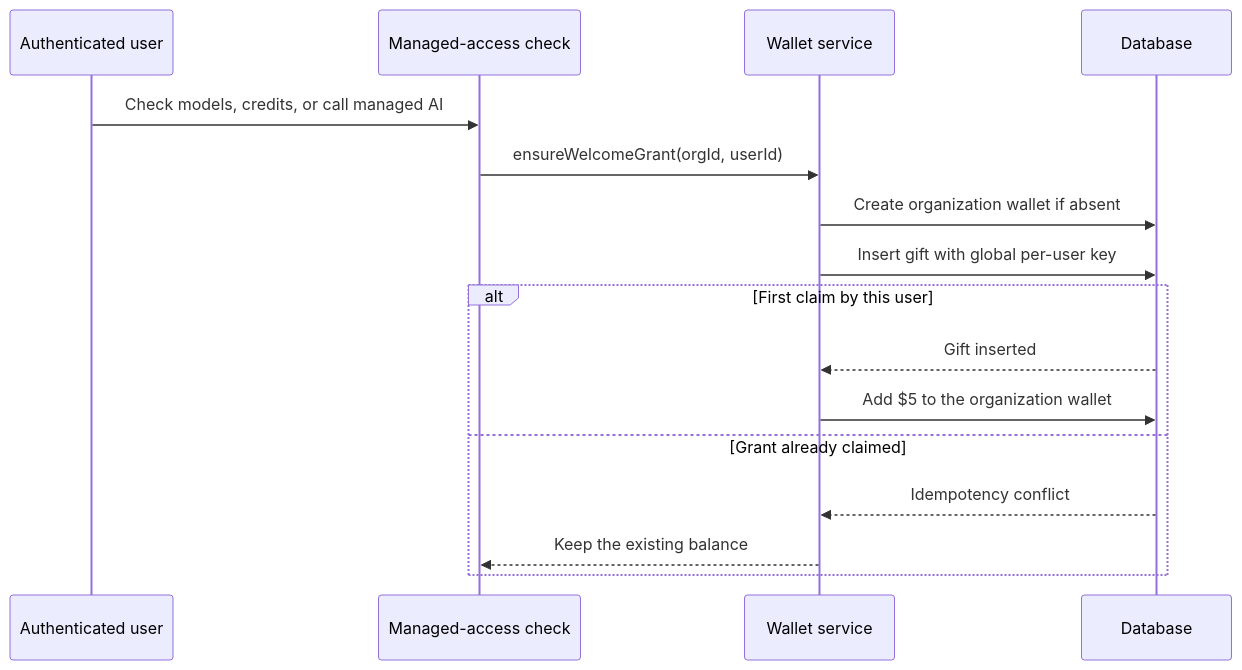
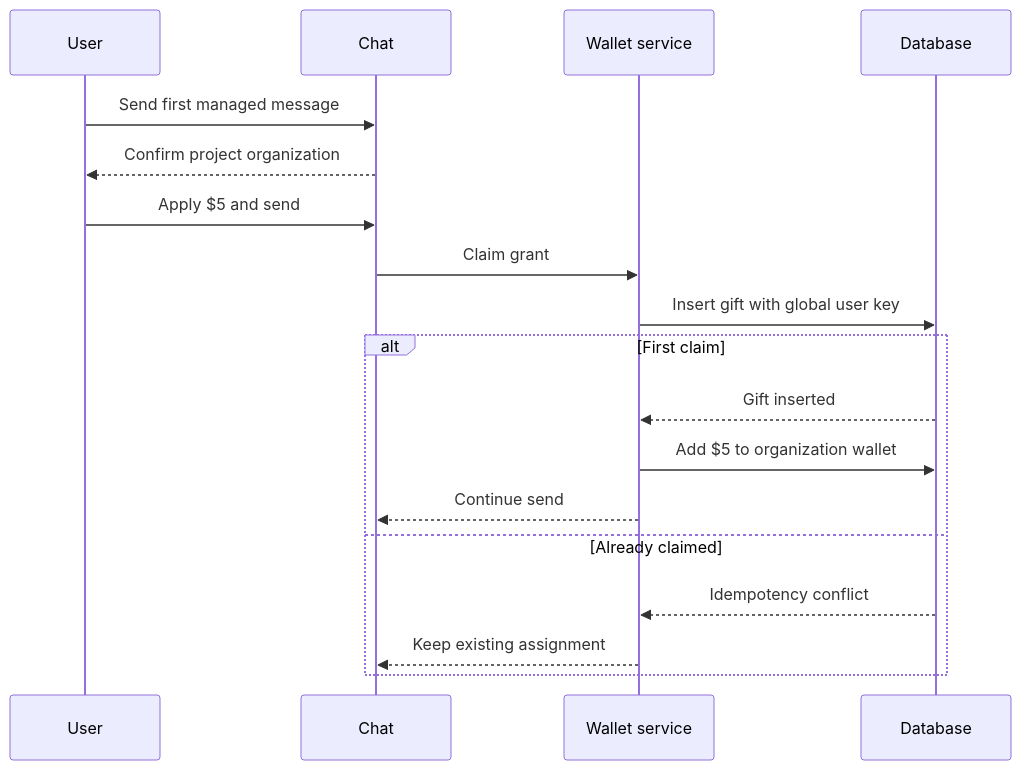
The first of 3 diagrams in nao-managed-ai-credits.md (getnao/nao), drawn with Mermaid before and after one commit. The commit also changed other lines of this file and 15 other files, not shown here.

Commit message:
feat: confirm organization before claiming managed AI credits

````diff
--- a/nao-managed-ai-credits.md
+++ b/nao-managed-ai-credits.md
@@ -64,19 +22,21 @@
 ```mermaid
 sequenceDiagram
-    participant U as Authenticated user
-    participant A as Managed-access check
+    participant U as User
+    participant C as Chat
     participant W as Wallet service
     participant D as Database
 
-    U->>A: Check models, credits, or call managed AI
-    A->>W: ensureWelcomeGrant(orgId, userId)
-    W->>D: Create organization wallet if absent
-    W->>D: Insert gift with global per-user key
-    alt First claim by this user
+    U->>C: Send first managed message
+    C-->>U: Confirm project organization
+    U->>C: Apply $5 and send
+    C->>W: Claim grant
+    W->>D: Insert gift with global user key
+    alt First claim
         D-->>W: Gift inserted
-        W->>D: Add $5 to the organization wallet
-    else Grant already claimed
+        W->>D: Add $5 to organization wallet
+        W-->>C: Continue send
+    else Already claimed
         D-->>W: Idempotency conflict
-        W-->>A: Keep the existing balance
+        W-->>C: Keep existing assignment
     end
 ```
````
